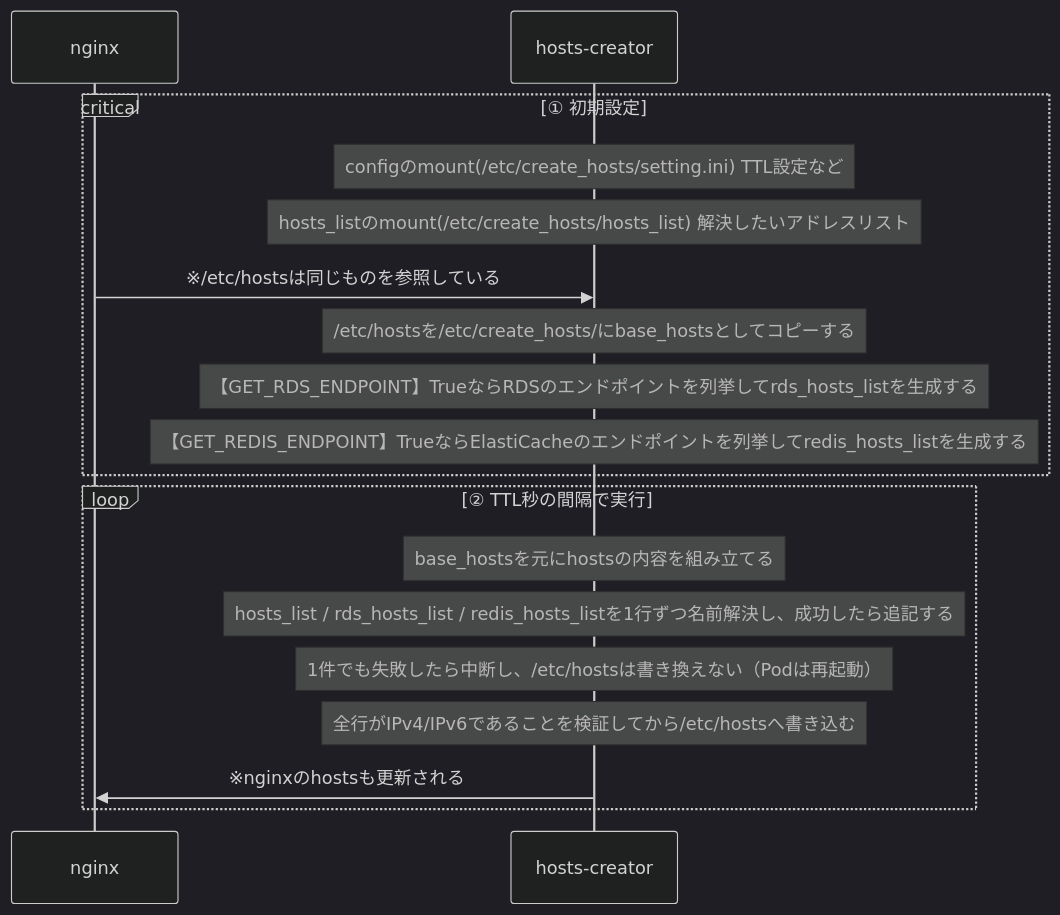
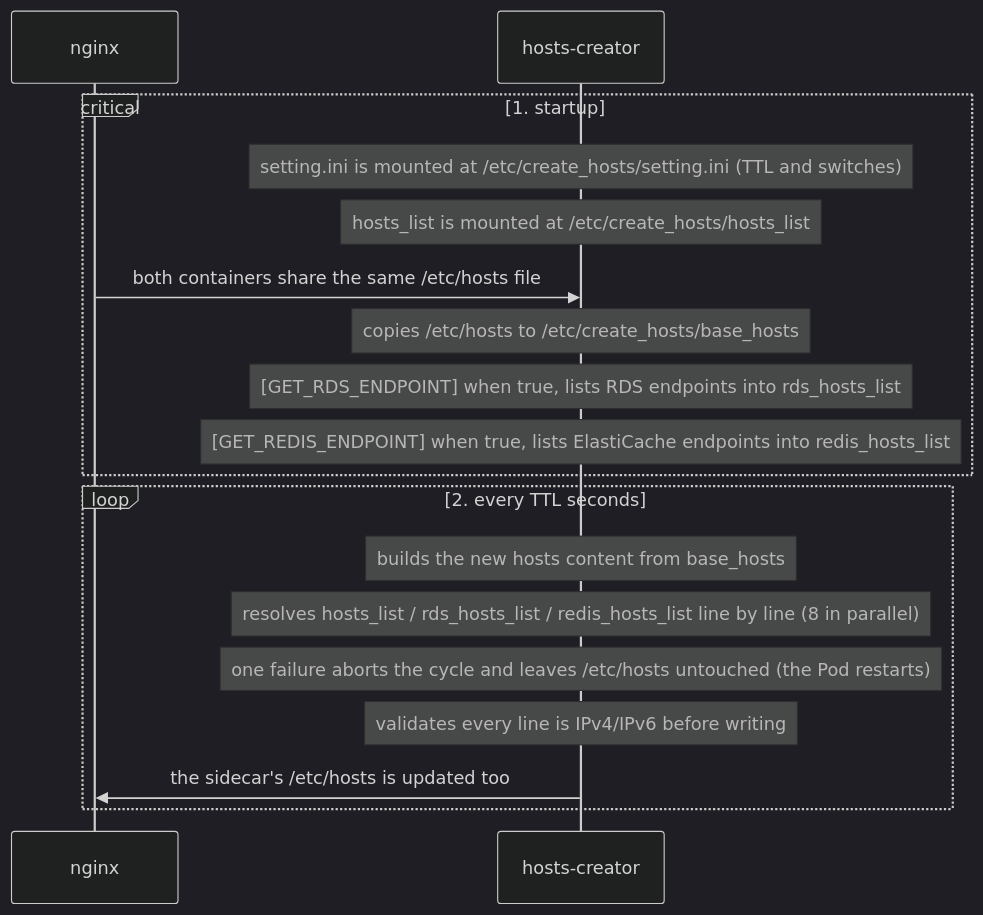
The diagram in README.md (RHEMS-Japan/hosts-creator), drawn with Mermaid (dark theme) before and after one commit. The commit also changed other lines of this file and 1 other file, not shown here.

````diff
--- a/README.md
+++ b/README.md
@@ -6,20 +13,20 @@
 ```mermaid
 sequenceDiagram
   participant nginx
   participant hosts-creator
-  critical ① 初期設定
-  Note over hosts-creator: configのmount(/etc/create_hosts/setting.ini) TTL設定など
-  Note over hosts-creator: hosts_listのmount(/etc/create_hosts/hosts_list) 解決したいアドレスリスト
-  nginx->>hosts-creator: ※/etc/hostsは同じものを参照している
-  Note over hosts-creator: /etc/hostsを/etc/create_hosts/にbase_hostsとしてコピーする
-  Note over hosts-creator: 【GET_RDS_ENDPOINT】TrueならRDSのエンドポイントを列挙してrds_hosts_listを生成する
-  Note over hosts-creator: 【GET_REDIS_ENDPOINT】TrueならElastiCacheのエンドポイントを列挙してredis_hosts_listを生成する
+  critical 1. startup
+  Note over hosts-creator: setting.ini is mounted at /etc/create_hosts/setting.ini (TTL and switches)
+  Note over hosts-creator: hosts_list is mounted at /etc/create_hosts/hosts_list
+  nginx->>hosts-creator: both containers share the same /etc/hosts file
+  Note over hosts-creator: copies /etc/hosts to /etc/create_hosts/base_hosts
+  Note over hosts-creator: [GET_RDS_ENDPOINT] when true, lists RDS endpoints into rds_hosts_list
+  Note over hosts-creator: [GET_REDIS_ENDPOINT] when true, lists ElastiCache endpoints into redis_hosts_list
   end
-  loop ② TTL秒の間隔で実行
-  Note over hosts-creator: base_hostsを元にhostsの内容を組み立てる
-  Note over hosts-creator: hosts_list / rds_hosts_list / redis_hosts_listを1行ずつ名前解決し、成功したら追記する
-  Note over hosts-creator: 1件でも失敗したら中断し、/etc/hostsは書き換えない（Podは再起動）
-  Note over hosts-creator: 全行がIPv4/IPv6であることを検証してから/etc/hostsへ書き込む
-  hosts-creator->>nginx: ※nginxのhostsも更新される
+  loop 2. every TTL seconds
+  Note over hosts-creator: builds the new hosts content from base_hosts
+  Note over hosts-creator: resolves hosts_list / rds_hosts_list / redis_hosts_list line by line (8 in parallel)
+  Note over hosts-creator: one failure aborts the cycle and leaves /etc/hosts untouched (the Pod restarts)
+  Note over hosts-creator: validates every line is IPv4/IPv6 before writing
+  hosts-creator->>nginx: the sidecar's /etc/hosts is updated too
   end
 ```
````
